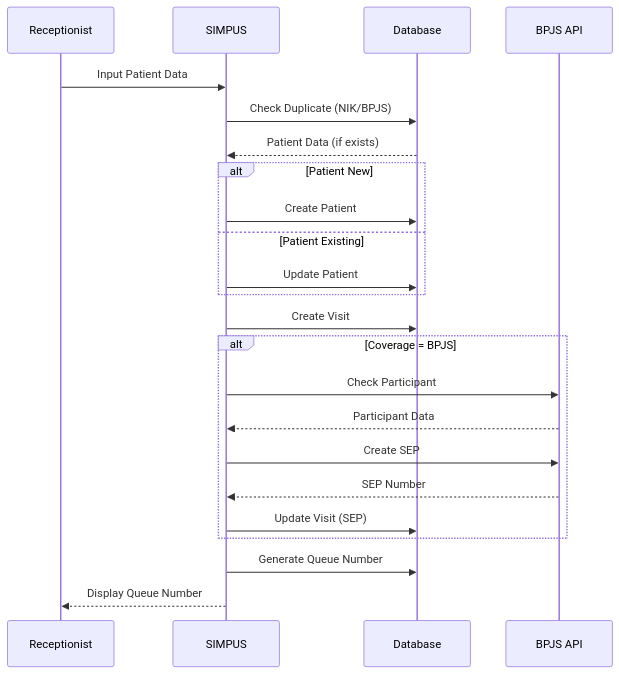
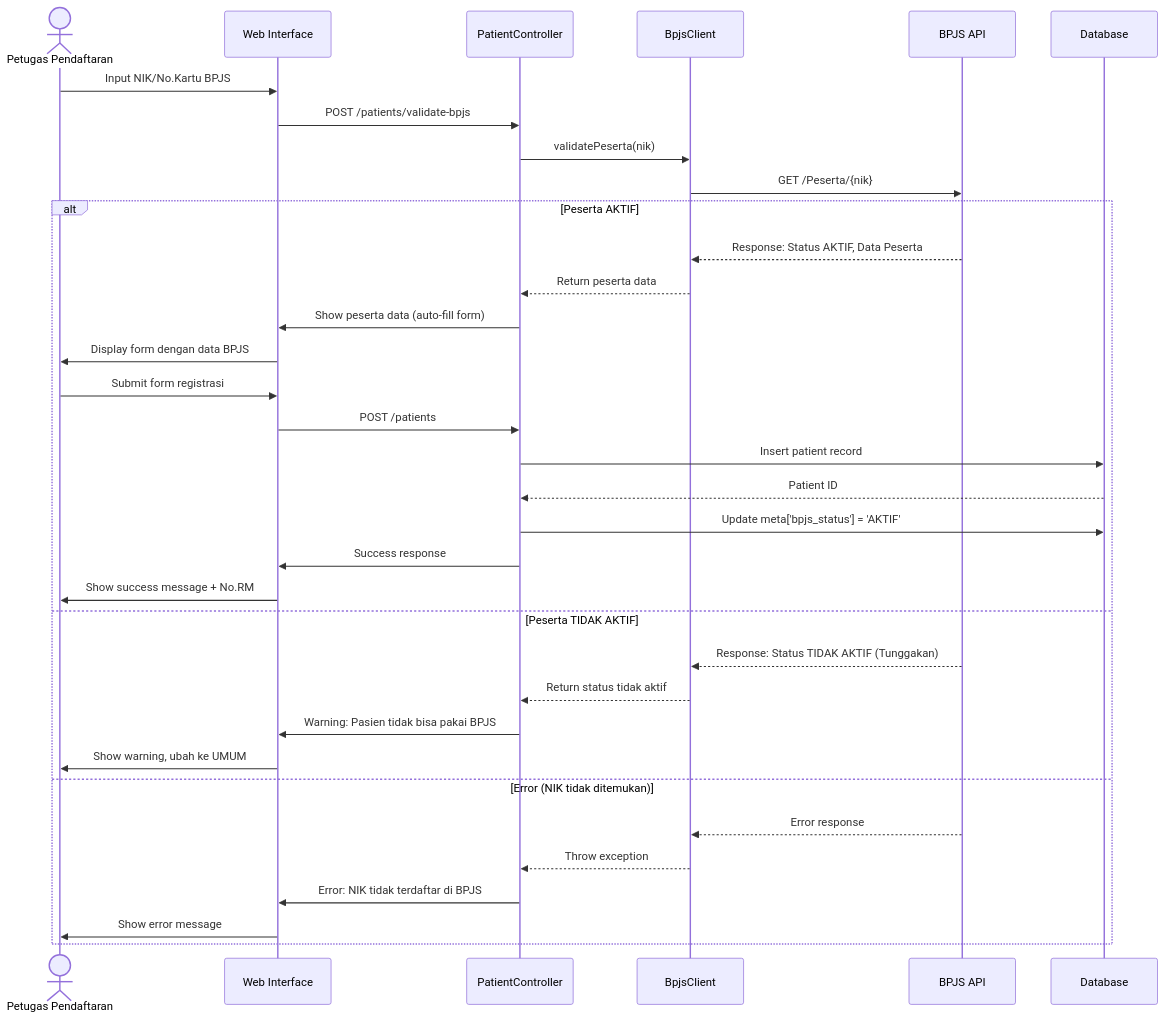
Before and after one commit to Haluluya/Simpus: the eighth of 12 diagrams in docs/ARCHITECTURE.md, drawn with Mermaid. The commit also changed other lines of this file and 35 other files, not shown here.

````diff
--- a/docs/ARCHITECTURE.md
+++ b/docs/ARCHITECTURE.md
@@ -304,26 +556,39 @@
 ```mermaid
 sequenceDiagram
-    participant R as Receptionist
-    participant S as SIMPUS
+    actor Petugas as Petugas Pendaftaran
+    participant UI as Web Interface
+    participant Ctrl as PatientController
+    participant BPJS as BpjsClient
+    participant API as BPJS API
     participant DB as Database
-    participant B as BPJS API
 
-    R->>S: Input Patient Data
-    S->>DB: Check Duplicate (NIK/BPJS)
-    DB-->>S: Patient Data (if exists)
-    alt Patient New
-        S->>DB: Create Patient
-    else Patient Existing
-        S->>DB: Update Patient
+    Petugas->>UI: Input NIK/No.Kartu BPJS
+    UI->>Ctrl: POST /patients/validate-bpjs
+    Ctrl->>BPJS: validatePeserta(nik)
+    BPJS->>API: GET /Peserta/{nik}
+
+    alt Peserta AKTIF
+        API-->>BPJS: Response: Status AKTIF, Data Peserta
+        BPJS-->>Ctrl: Return peserta data
+        Ctrl->>UI: Show peserta data (auto-fill form)
+        UI->>Petugas: Display form dengan data BPJS
+
+        Petugas->>UI: Submit form registrasi
+        UI->>Ctrl: POST /patients
+        Ctrl->>DB: Insert patient record
+        DB-->>Ctrl: Patient ID
+        Ctrl->>DB: Update meta['bpjs_status'] = 'AKTIF'
+        Ctrl->>UI: Success response
+        UI->>Petugas: Show success message + No.RM
+    else Peserta TIDAK AKTIF
+        API-->>BPJS: Response: Status TIDAK AKTIF (Tunggakan)
+        BPJS-->>Ctrl: Return status tidak aktif
+        Ctrl->>UI: Warning: Pasien tidak bisa pakai BPJS
+        UI->>Petugas: Show warning, ubah ke UMUM
+    else Error (NIK tidak ditemukan)
+        API-->>BPJS: Error response
+        BPJS-->>Ctrl: Throw exception
+        Ctrl->>UI: Error: NIK tidak terdaftar di BPJS
+        UI->>Petugas: Show error message
     end
-    S->>DB: Create Visit
-    alt Coverage = BPJS
-        S->>B: Check Participant
-        B-->>S: Participant Data
-        S->>B: Create SEP
-        B-->>S: SEP Number
-        S->>DB: Update Visit (SEP)
-    end
-    S->>DB: Generate Queue Number
-    S-->>R: Display Queue Number
 ```
````
